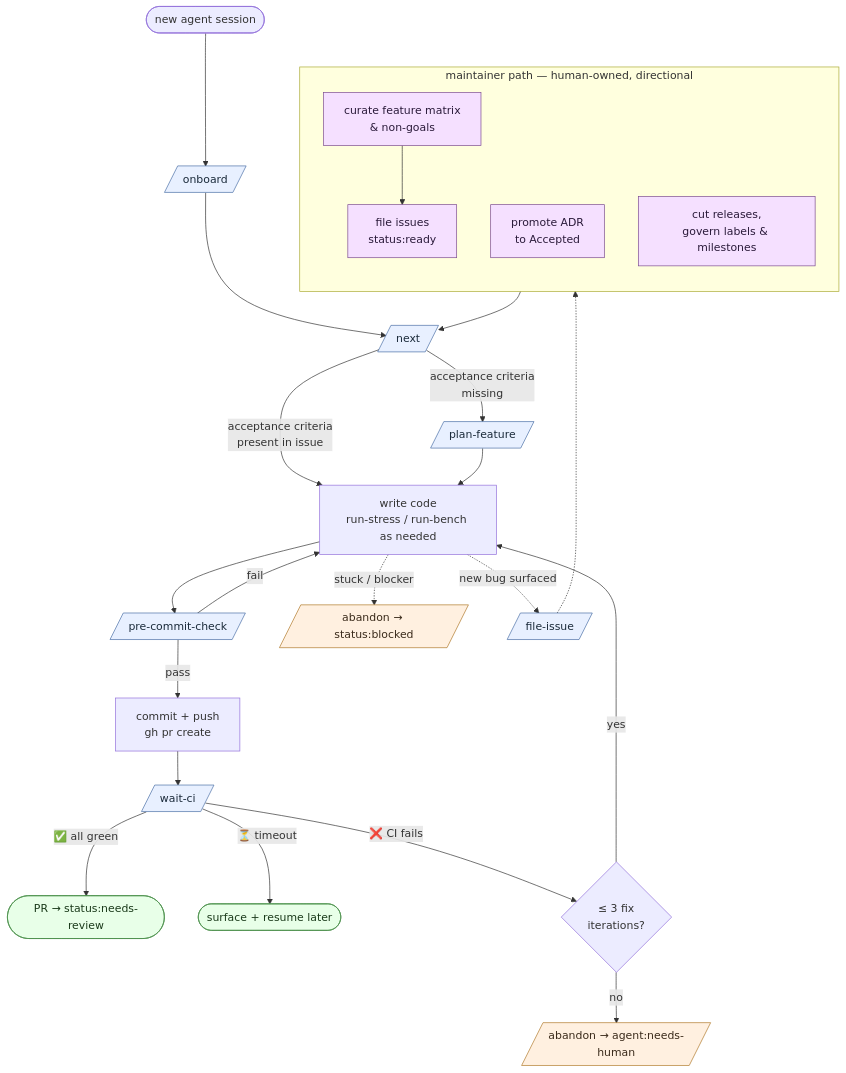
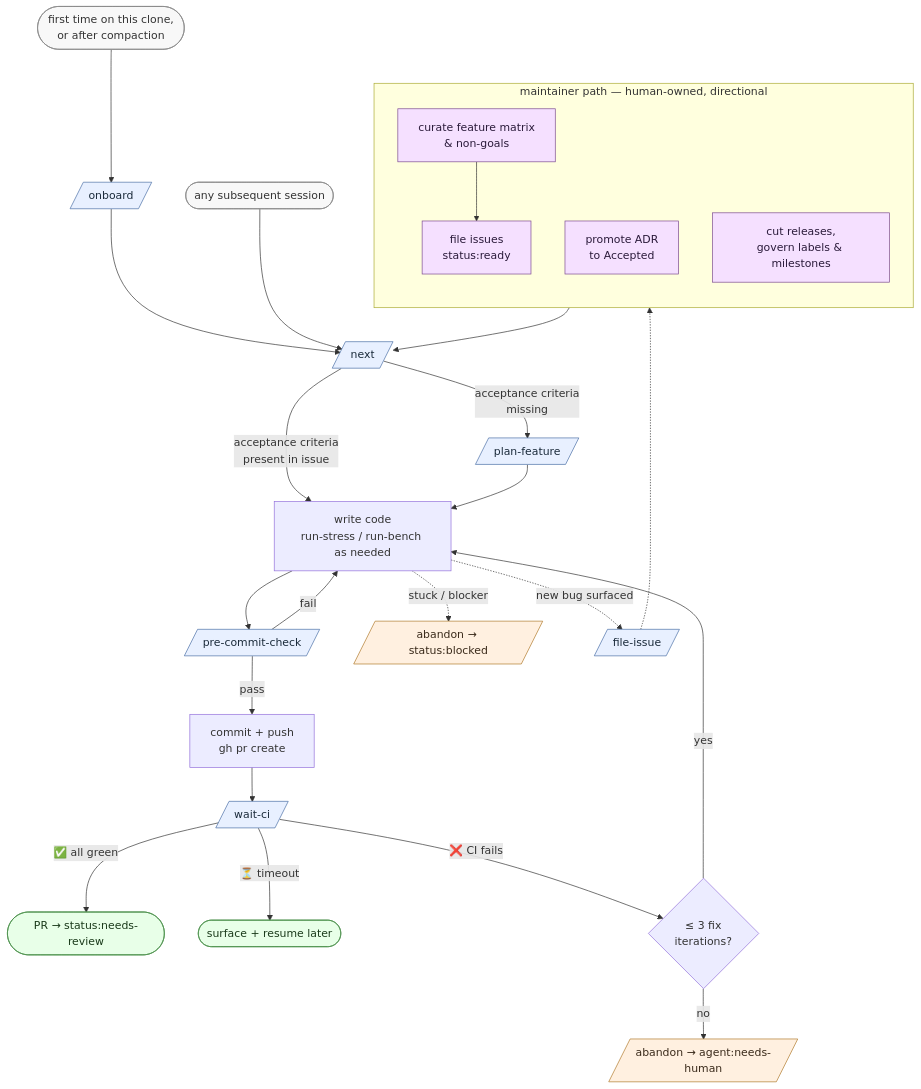
The second of 2 diagrams in README.md (mroche14/physa-db), drawn with Mermaid before and after one commit. The commit also changed other lines of this file, not shown here.

First paragraph of the commit message:
docs(readme): define feature matrix + expand ADR at first mention (#65)
* docs(readme): define feature matrix + expand ADR at first mention

````diff
--- a/README.md
+++ b/README.md
@@ -150,43 +150,46 @@
 ```mermaid
 flowchart TD
     subgraph maintainer ["maintainer path — human-owned, directional"]
         direction TB
         m1[curate feature matrix<br/>& non-goals] --> m2[file issues<br/>status:ready]
         m3[promote ADR<br/>to Accepted]
         m4[cut releases,<br/>govern labels & milestones]
     end
 
     m2 --> next
 
-    start([new agent session]) --> onboard[/onboard/]
+    first([first time on this clone,<br/>or after compaction]) --> onboard[/onboard/]
     onboard --> next[/next/]
+    repeat([any subsequent session]) --> next
 
     next -->|acceptance criteria<br/>present in issue| code[write code<br/>run-stress / run-bench as needed]
     next -->|acceptance criteria<br/>missing| plan[/plan-feature/]
     plan --> code
 
     code --> precheck[/pre-commit-check/]
     precheck -->|fail| code
     precheck -->|pass| push[commit + push<br/>gh pr create]
     push --> waitci[/wait-ci/]
 
     waitci -->|✅ all green| review([PR → status:needs-review])
     waitci -->|⏳ timeout| resume([surface + resume later])
     waitci -->|❌ CI fails| retries{≤ 3 fix<br/>iterations?}
 
     retries -->|yes| code
     retries -->|no| nh[/abandon → agent:needs-human/]
 
     code -. stuck / blocker .-> blocked[/abandon → status:blocked/]
     code -. new bug surfaced .-> fileissue[/file-issue/]
     fileissue -.-> m2
 
     classDef skill fill:#e8f0ff,stroke:#4a6fa5,color:#1a2a3a
     classDef terminal fill:#e8ffe8,stroke:#4a8f4a,color:#1a3a1a
     classDef escape fill:#fff0e0,stroke:#b07a2a,color:#3a2a1a
     classDef maint fill:#f5e0ff,stroke:#7a4a8f,color:#2a1a3a
+    classDef entry fill:#f8f8f8,stroke:#888,color:#333
     class onboard,next,plan,precheck,waitci,fileissue skill
     class review,resume terminal
     class nh,blocked escape
     class m1,m2,m3,m4 maint
+    class first,repeat entry
 ```
````
